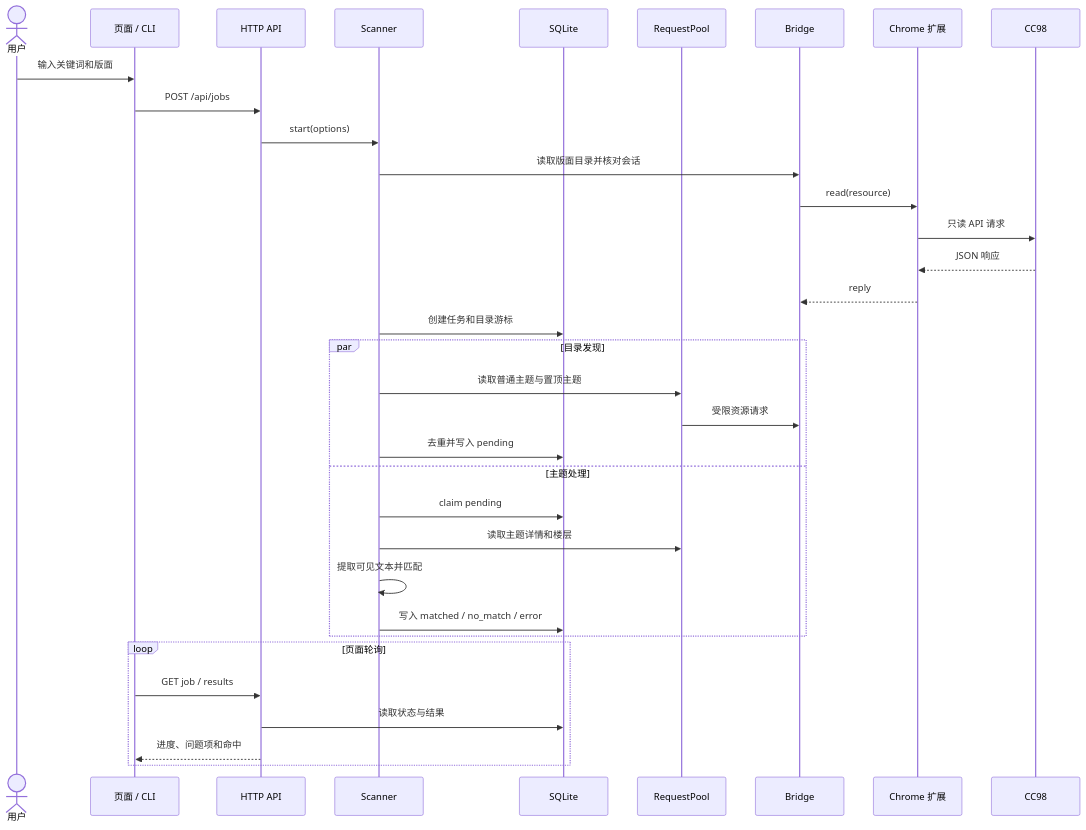
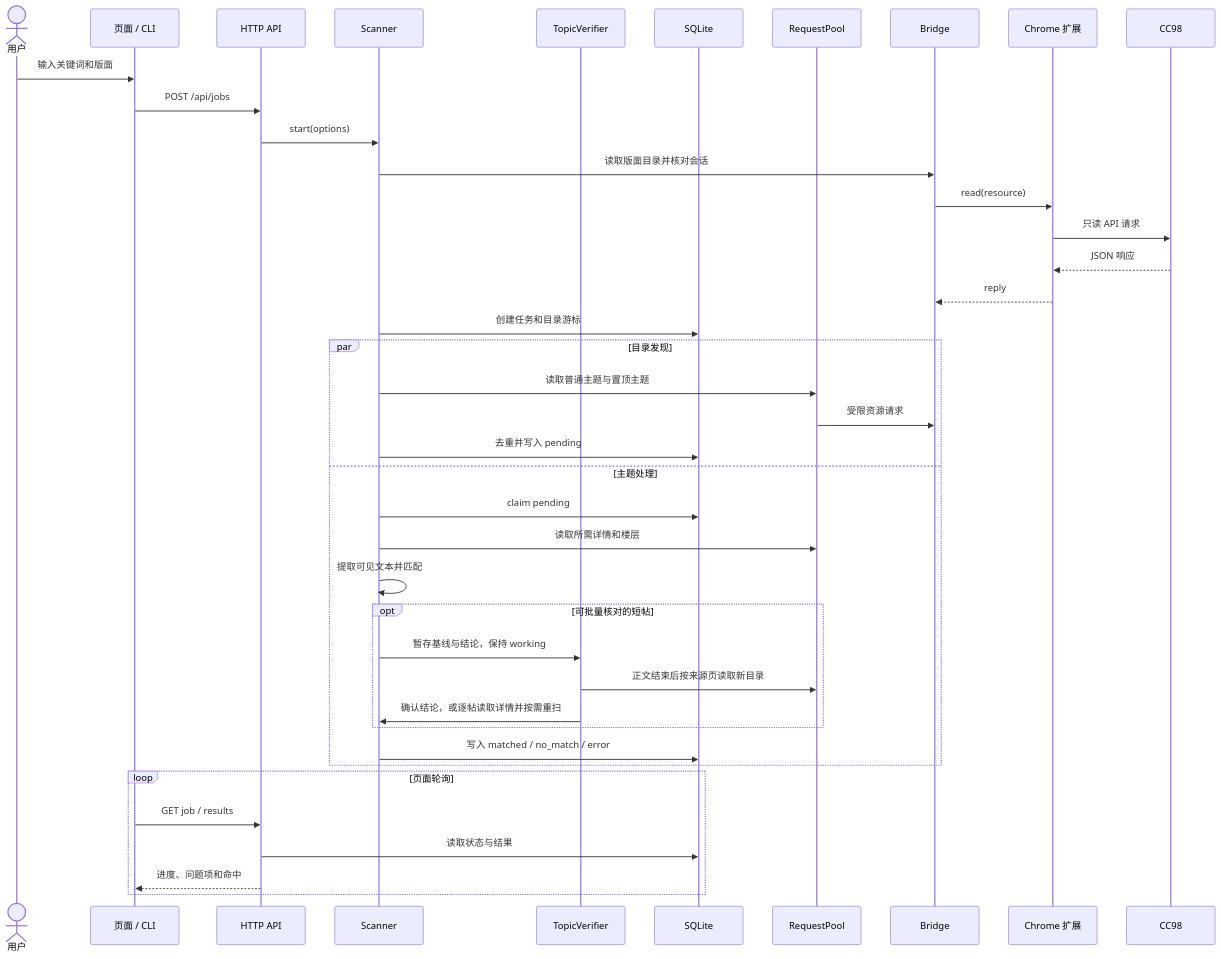
The second of 4 diagrams in docs/ARCHITECTURE.md (Marine-rubbish/cc98_search_tool), drawn with Mermaid before and after one commit. The commit also changed other lines of this file and 7 other files, not shown here.

````diff
--- a/docs/ARCHITECTURE.md
+++ b/docs/ARCHITECTURE.md
@@ -134,39 +137,45 @@
 ```mermaid
 sequenceDiagram
     actor User as 用户
     participant Client as 页面 / CLI
     participant Server as HTTP API
     participant Scanner
+    participant Verifier as TopicVerifier
     participant Store as SQLite
     participant Pool as RequestPool
     participant Bridge
     participant Extension as Chrome 扩展
     participant CC98
 
     User->>Client: 输入关键词和版面
     Client->>Server: POST /api/jobs
     Server->>Scanner: start(options)
     Scanner->>Bridge: 读取版面目录并核对会话
     Bridge->>Extension: read(resource)
     Extension->>CC98: 只读 API 请求
     CC98-->>Extension: JSON 响应
     Extension-->>Bridge: reply
     Scanner->>Store: 创建任务和目录游标
 
     par 目录发现
         Scanner->>Pool: 读取普通主题与置顶主题
         Pool->>Bridge: 受限资源请求
         Scanner->>Store: 去重并写入 pending
     and 主题处理
         Scanner->>Store: claim pending
-        Scanner->>Pool: 读取主题详情和楼层
+        Scanner->>Pool: 读取所需详情和楼层
         Scanner->>Scanner: 提取可见文本并匹配
+        opt 可批量核对的短帖
+            Scanner->>Verifier: 暂存基线与结论，保持 working
+            Verifier->>Pool: 正文结束后按来源页读取新目录
+            Verifier->>Scanner: 确认结论，或逐帖读取详情并按需重扫
+        end
         Scanner->>Store: 写入 matched / no_match / error
     end
 
     loop 页面轮询
         Client->>Server: GET job / results
         Server->>Store: 读取状态与结果
         Server-->>Client: 进度、问题项和命中
     end
 ```
````
